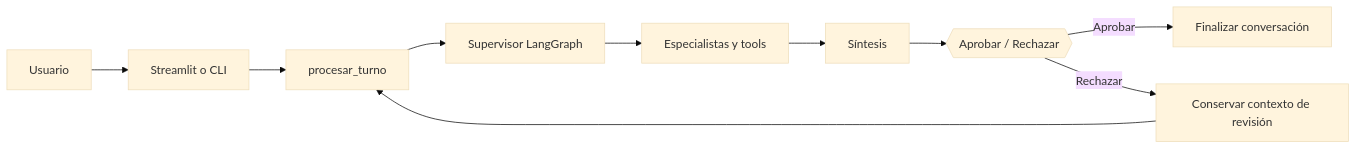
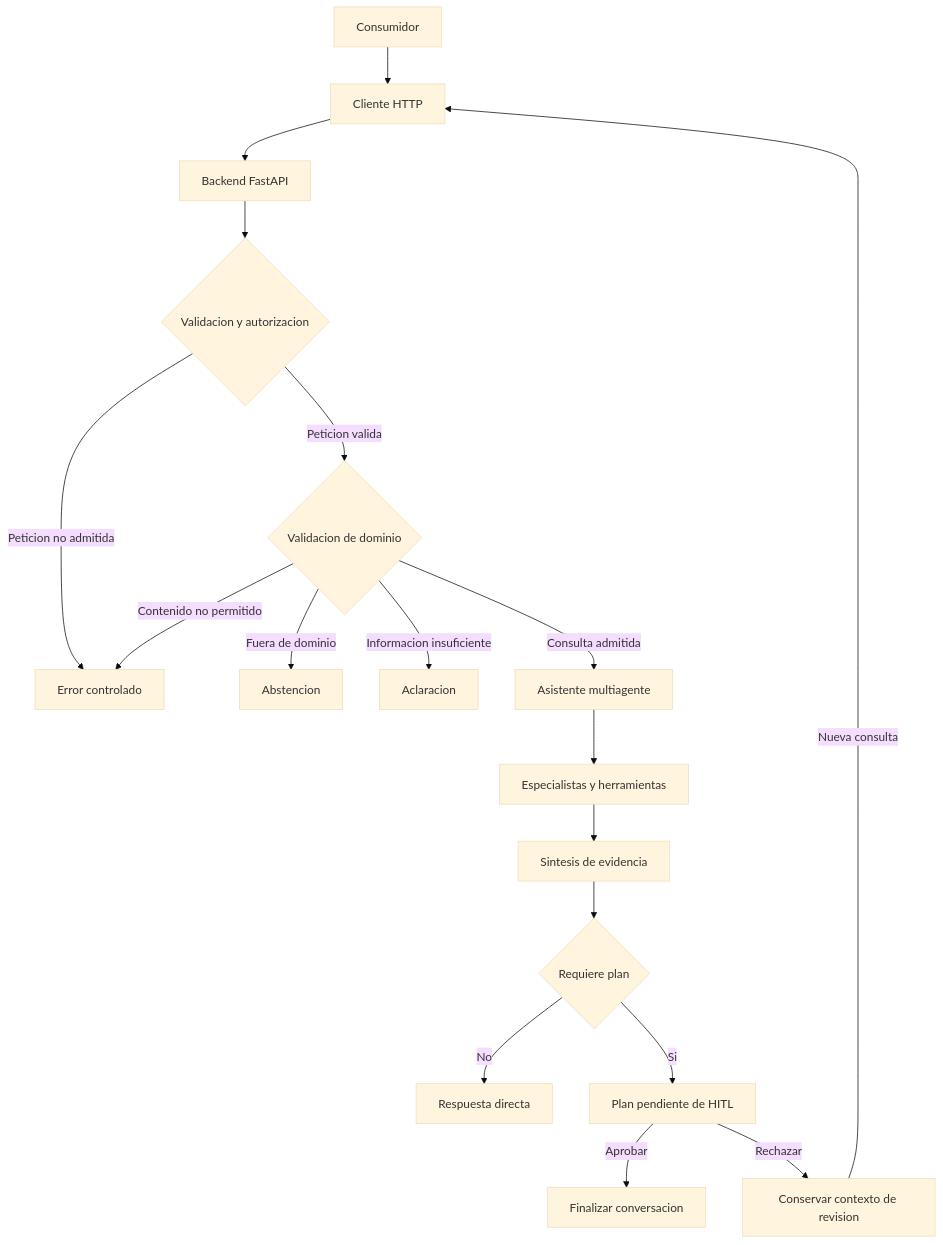
One commit to alex-bometon/pb03_equipo18 changed the diagram in specs/00-producto.md. Above: the diagram before and after it, drawn with Mermaid (base theme). The commit also changed other lines of this file and 17 other files, not shown here.

Commit message:
docs: revision de especificaciones y plan de desarrollo

````diff
--- a/specs/00-producto.md
+++ b/specs/00-producto.md
@@ -24,12 +222,20 @@
 ```mermaid
-flowchart LR
-    U[Usuario] --> C[Streamlit o CLI]
-    C --> O[procesar_turno]
-    O --> G[Supervisor LangGraph]
-    G --> E[Especialistas y tools]
-    E --> Y[Síntesis]
-    Y --> H{{Aprobar / Rechazar}}
-    H -->|Aprobar| F[Finalizar conversación]
-    H -->|Rechazar| R[Conservar contexto de revisión]
-    R --> O
+flowchart TD
+    U[Consumidor] --> C[Cliente HTTP]
+    C --> B[Backend FastAPI]
+    B --> V{Validacion y autorizacion}
+    V -->|Peticion no admitida| E[Error controlado]
+    V -->|Peticion valida| D{Validacion de dominio}
+    D -->|Fuera de dominio| A[Abstencion]
+    D -->|Informacion insuficiente| Q[Aclaracion]
+    D -->|Contenido no permitido| E
+    D -->|Consulta admitida| G[Asistente multiagente]
+    G --> S[Especialistas y herramientas]
+    S --> R[Sintesis de evidencia]
+    R --> P{Requiere plan}
+    P -->|No| X[Respuesta directa]
+    P -->|Si| H[Plan pendiente de HITL]
+    H -->|Aprobar| F[Finalizar conversacion]
+    H -->|Rechazar| N[Conservar contexto de revision]
+    N -->|Nueva consulta| C
 ```
````
